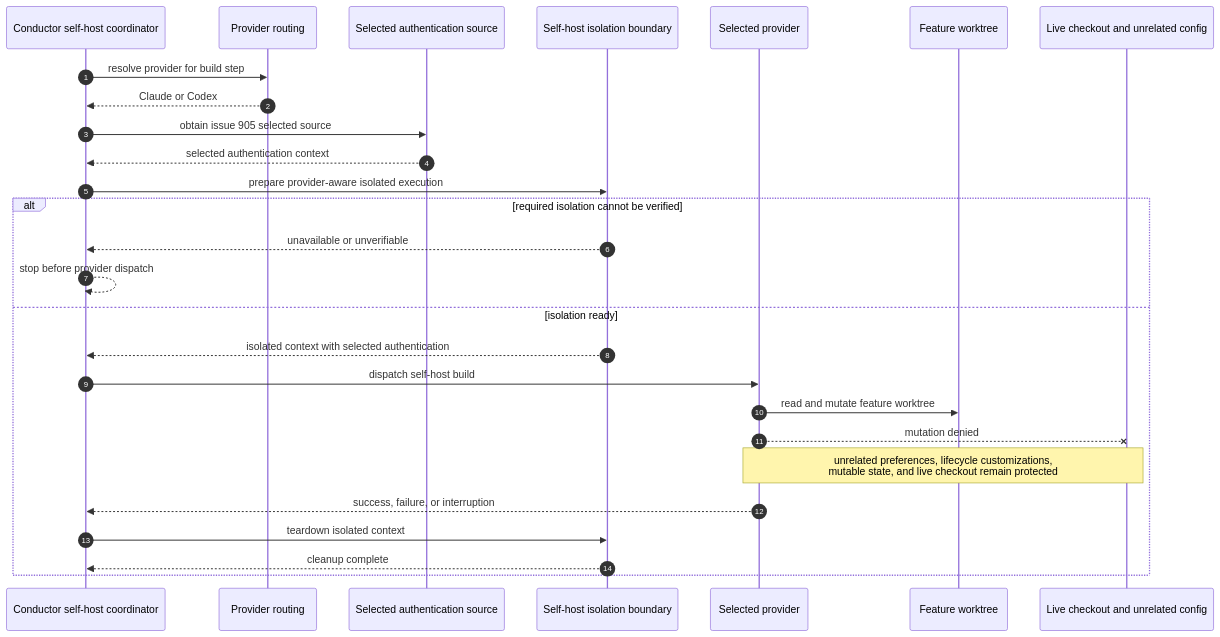
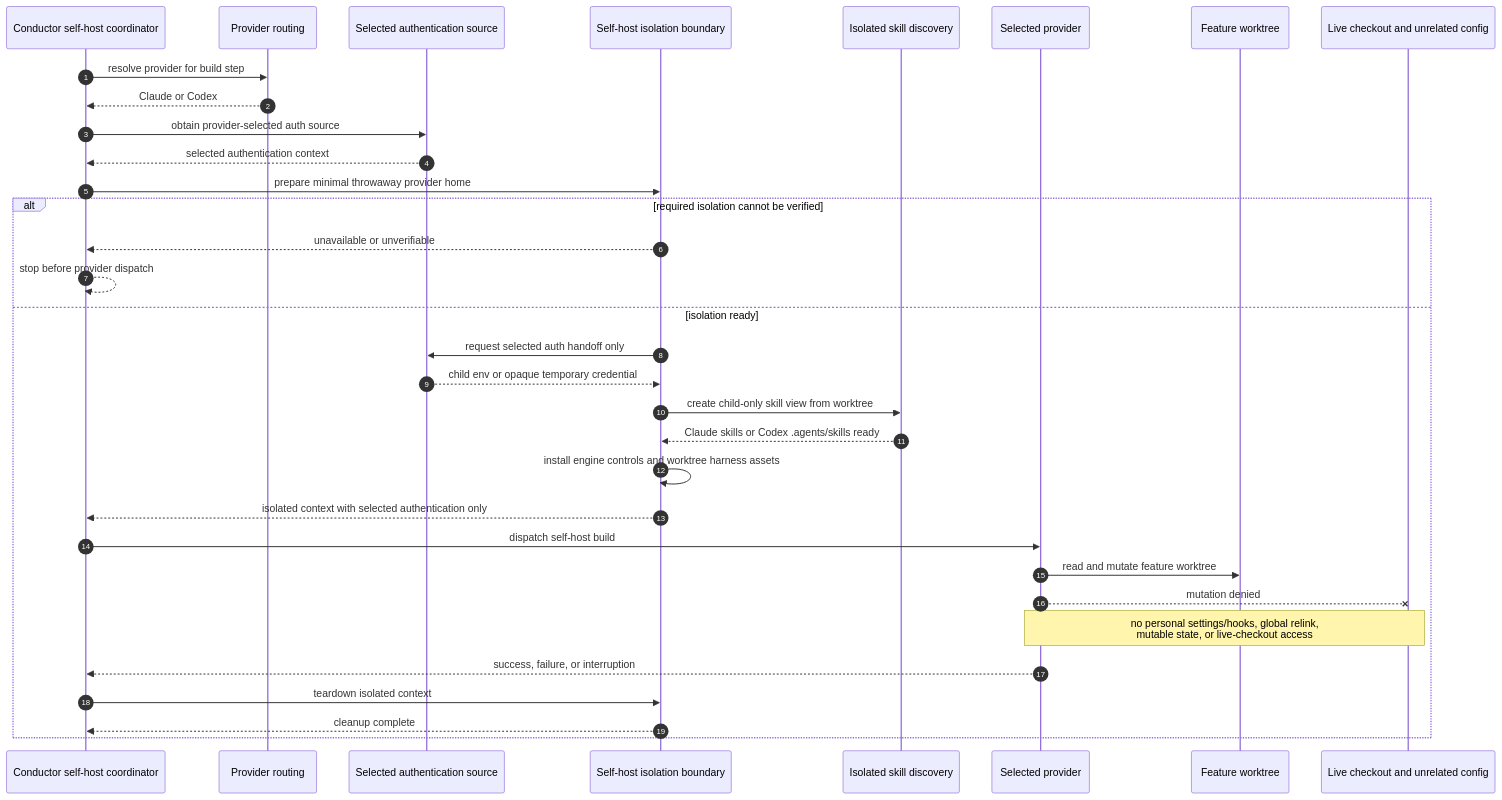
Before and after one commit to jstoup111/ai-conductor: the diagram in .docs/architecture/sequences/provider-neutral-self-host-isolation-907.md, drawn with Mermaid. The commit also changed other lines of this file and 26 other files, not shown here.

````diff
--- a/.docs/architecture/sequences/provider-neutral-self-host-isolation-907.md
+++ b/.docs/architecture/sequences/provider-neutral-self-host-isolation-907.md
@@ -10,30 +10,36 @@
 ```mermaid
 sequenceDiagram
     autonumber
     participant C as Conductor self-host coordinator
     participant R as Provider routing
     participant A as Selected authentication source
     participant I as Self-host isolation boundary
+    participant D as Isolated skill discovery
     participant P as Selected provider
     participant W as Feature worktree
     participant L as Live checkout and unrelated config
 
     C->>R: resolve provider for build step
     R-->>C: Claude or Codex
-    C->>A: obtain issue 905 selected source
+    C->>A: obtain provider-selected auth source
     A-->>C: selected authentication context
-    C->>I: prepare provider-aware isolated execution
+    C->>I: prepare minimal throwaway provider home
     alt required isolation cannot be verified
         I-->>C: unavailable or unverifiable
         C-->>C: stop before provider dispatch
     else isolation ready
-        I-->>C: isolated context with selected authentication
+        I->>A: request selected auth handoff only
+        A-->>I: child env or opaque temporary credential
+        I->>D: create child-only skill view from worktree
+        D-->>I: Claude skills or Codex .agents/skills ready
+        I->>I: install engine controls and worktree harness assets
+        I-->>C: isolated context with selected authentication only
         C->>P: dispatch self-host build
         P->>W: read and mutate feature worktree
         P--xL: mutation denied
-        Note over P,L: unrelated preferences, lifecycle customizations,<br/>mutable state, and live checkout remain protected
+        Note over P,L: no personal settings/hooks, global relink,<br/>mutable state, or live-checkout access
         P-->>C: success, failure, or interruption
         C->>I: teardown isolated context
         I-->>C: cleanup complete
     end
 ```
````
